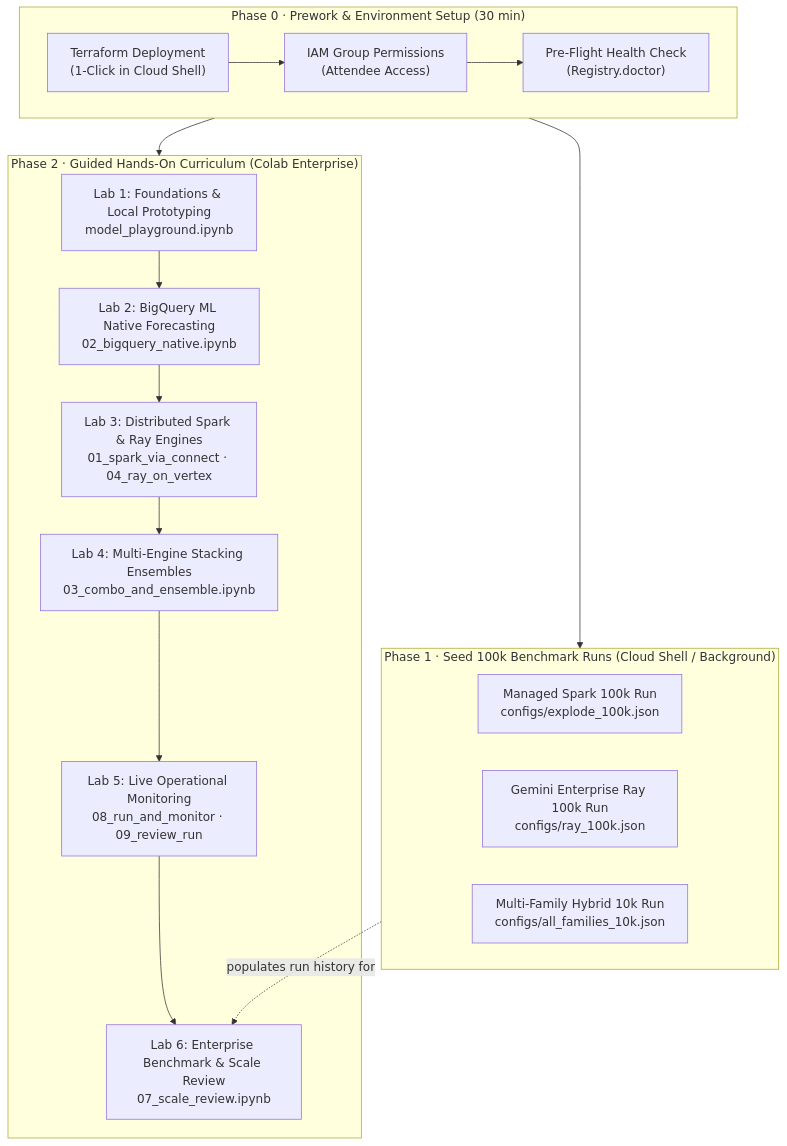
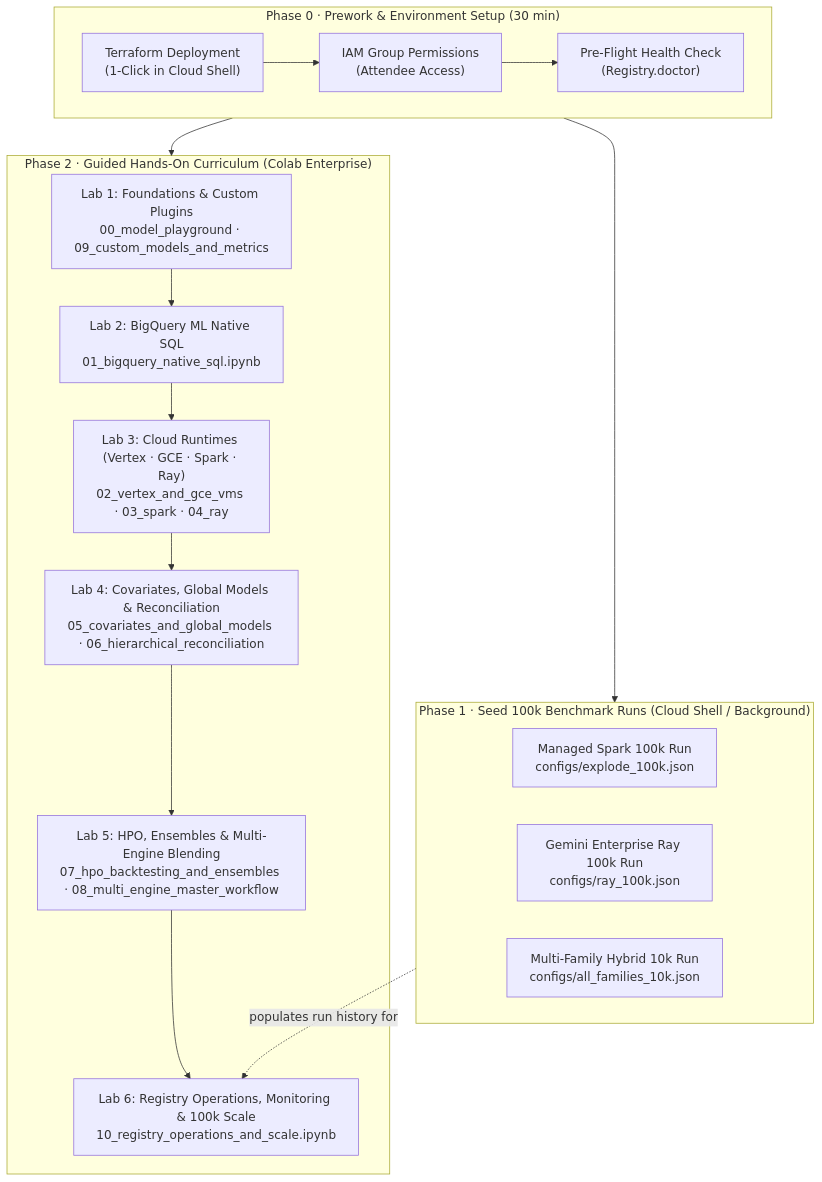
One commit to statmike/scale-forecasting changed the diagram in docs/workshop.md. Above: the diagram before and after it, drawn with Mermaid. The commit also changed other lines of this file and 44 other files, not shown here.

````diff
--- a/docs/workshop.md
+++ b/docs/workshop.md
@@ -8,29 +8,29 @@
 ```mermaid
 flowchart TD
     subgraph Prework["Phase 0 · Prework & Environment Setup (30 min)"]
         P1["Terraform Deployment<br/>(1-Click in Cloud Shell)"]
         P2["IAM Group Permissions<br/>(Attendee Access)"]
         P3["Pre-Flight Health Check<br/>(Registry.doctor)"]
         P1 --> P2 --> P3
     end
 
     subgraph Batch["Phase 1 · Seed 100k Benchmark Runs (Cloud Shell / Background)"]
         B1["Managed Spark 100k Run<br/>configs/explode_100k.json"]
         B2["Gemini Enterprise Ray 100k Run<br/>configs/ray_100k.json"]
         B3["Multi-Family Hybrid 10k Run<br/>configs/all_families_10k.json"]
     end
 
     subgraph Labs["Phase 2 · Guided Hands-On Curriculum (Colab Enterprise)"]
-        L1["Lab 1: Foundations & Local Prototyping<br/>model_playground.ipynb"]
-        L2["Lab 2: BigQuery ML Native Forecasting<br/>02_bigquery_native.ipynb"]
-        L3["Lab 3: Distributed Spark & Ray Engines<br/>01_spark_via_connect · 04_ray_on_vertex"]
-        L4["Lab 4: Multi-Engine Stacking Ensembles<br/>03_combo_and_ensemble.ipynb"]
-        L5["Lab 5: Live Operational Monitoring<br/>08_run_and_monitor · 09_review_run"]
-        L6["Lab 6: Enterprise Benchmark & Scale Review<br/>07_scale_review.ipynb"]
+        L1["Lab 1: Foundations & Custom Plugins<br/>00_model_playground · 09_custom_models_and_metrics"]
+        L2["Lab 2: BigQuery ML Native SQL<br/>01_bigquery_native_sql.ipynb"]
+        L3["Lab 3: Cloud Runtimes (Vertex · GCE · Spark · Ray)<br/>02_vertex_and_gce_vms · 03_spark · 04_ray"]
+        L4["Lab 4: Covariates, Global Models & Reconciliation<br/>05_covariates_and_global_models · 06_hierarchical_reconciliation"]
+        L5["Lab 5: HPO, Ensembles & Multi-Engine Blending<br/>07_hpo_backtesting_and_ensembles · 08_multi_engine_master_workflow"]
+        L6["Lab 6: Registry Operations, Monitoring & 100k Scale<br/>10_registry_operations_and_scale.ipynb"]
         L1 --> L2 --> L3 --> L4 --> L5 --> L6
     end
 
     Prework --> Batch
     Prework --> Labs
     Batch -.->|populates run history for| L6
 ```
````
